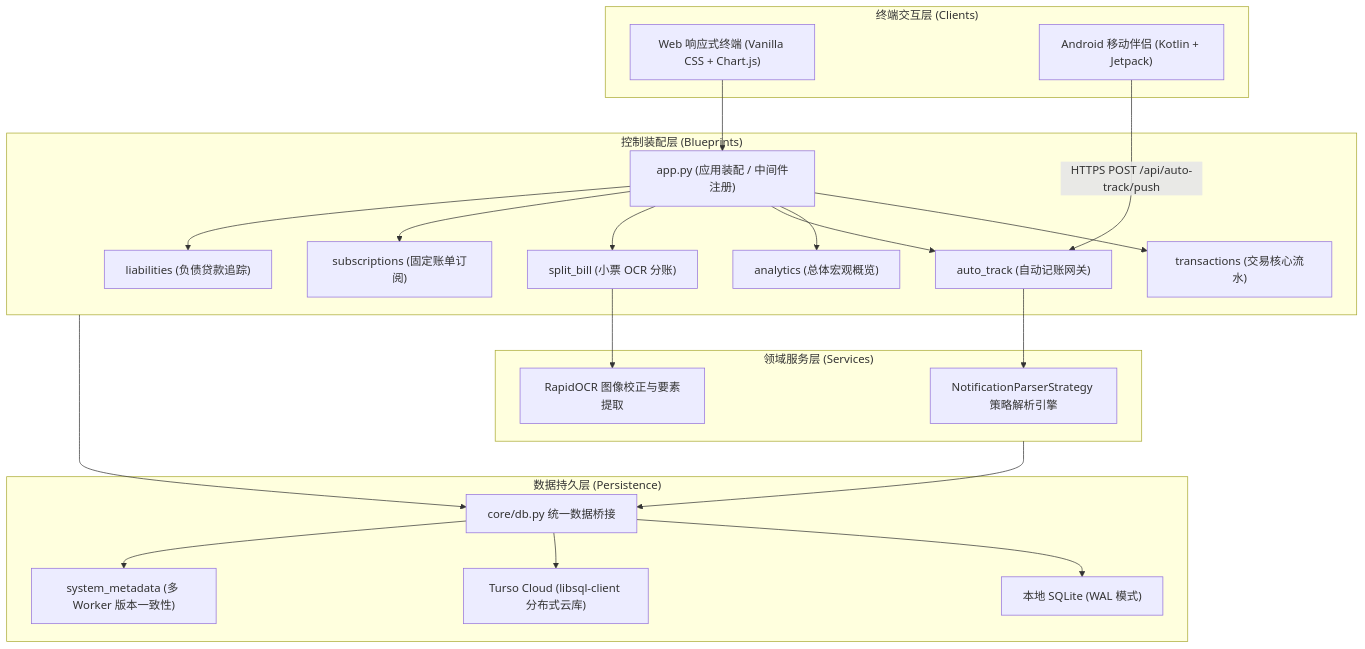
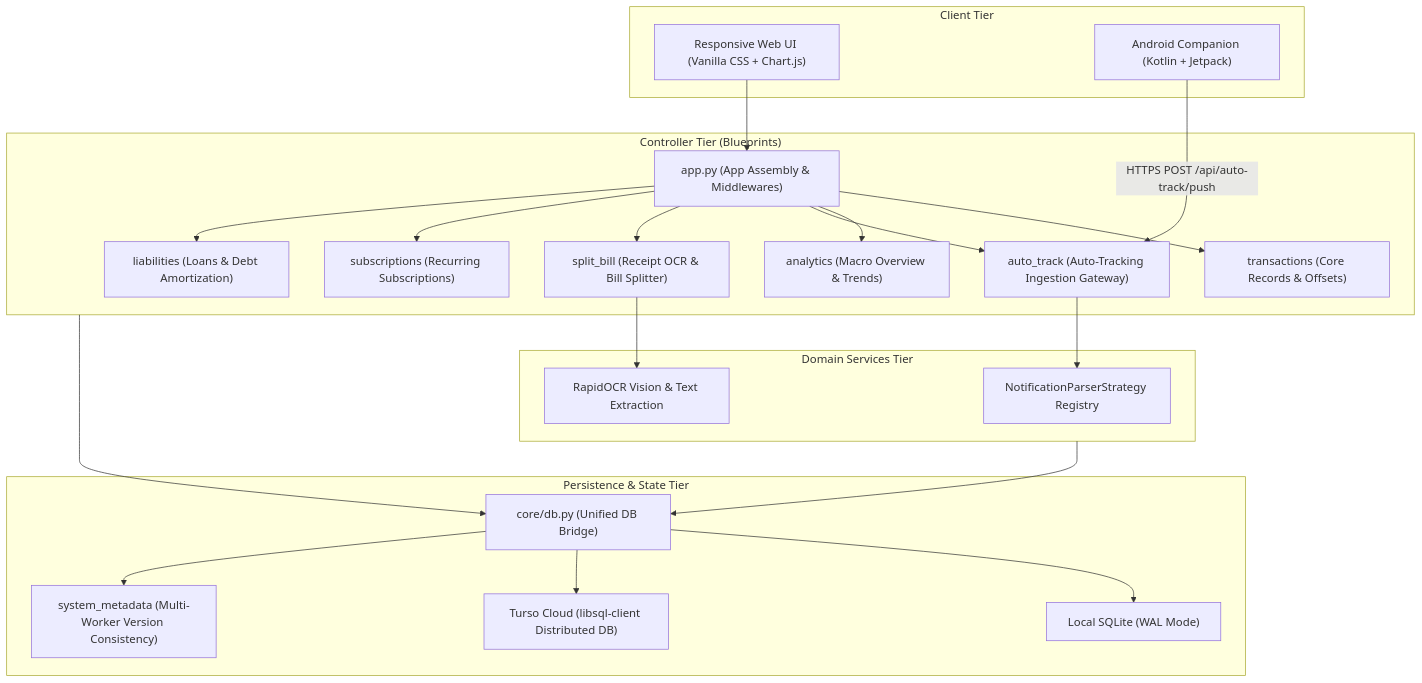
The diagram in README.md (siangloh/ledger-app), drawn with Mermaid before and after one commit. The commit also changed other lines of this file and 3 other files, not shown here.

````diff
--- a/README.md
+++ b/README.md
@@ -46,40 +48,40 @@
 ```mermaid
 graph TD
-    subgraph Client["终端交互层 (Clients)"]
-        WebUI["Web 响应式终端 (Vanilla CSS + Chart.js)"]
-        AndroidClient["Android 移动伴侣 (Kotlin + Jetpack)"]
+    subgraph Client["Client Tier"]
+        WebUI["Responsive Web UI (Vanilla CSS + Chart.js)"]
+        AndroidClient["Android Companion (Kotlin + Jetpack)"]
     end
 
-    subgraph Controller["控制装配层 (Blueprints)"]
-        FlaskEntry["app.py (应用装配 / 中间件注册)"]
-        BP_Trans["transactions (交易核心流水)"]
-        BP_Analytics["analytics (总体宏观概览)"]
-        BP_Auto["auto_track (自动记账网关)"]
-        BP_Split["split_bill (小票 OCR 分账)"]
-        BP_Subs["subscriptions (固定账单订阅)"]
-        BP_Liab["liabilities (负债贷款追踪)"]
+    subgraph Controller["Controller Tier (Blueprints)"]
+        FlaskEntry["app.py (App Assembly & Middlewares)"]
+        BP_Trans["transactions (Core Records & Offsets)"]
+        BP_Analytics["analytics (Macro Overview & Trends)"]
+        BP_Auto["auto_track (Auto-Tracking Ingestion Gateway)"]
+        BP_Split["split_bill (Receipt OCR & Bill Splitter)"]
+        BP_Subs["subscriptions (Recurring Subscriptions)"]
+        BP_Liab["liabilities (Loans & Debt Amortization)"]
     end
 
-    subgraph Domain["领域服务层 (Services)"]
-        StrategyEngine["NotificationParserStrategy 策略解析引擎"]
-        OCRService["RapidOCR 图像校正与要素提取"]
+    subgraph Domain["Domain Services Tier"]
+        StrategyEngine["NotificationParserStrategy Registry"]
+        OCRService["RapidOCR Vision & Text Extraction"]
     end
 
-    subgraph Persistence["数据持久层 (Persistence)"]
-        DBBridge["core/db.py 统一数据桥接"]
-        SQLite["本地 SQLite (WAL 模式)"]
-        Turso["Turso Cloud (libsql-client 分布式云库)"]
-        Metadata["system_metadata (多 Worker 版本一致性)"]
+    subgraph Persistence["Persistence & State Tier"]
+        DBBridge["core/db.py (Unified DB Bridge)"]
+        SQLite["Local SQLite (WAL Mode)"]
+        Turso["Turso Cloud (libsql-client Distributed DB)"]
+        Metadata["system_metadata (Multi-Worker Version Consistency)"]
     end
 
     WebUI --> FlaskEntry
     AndroidClient -->|HTTPS POST /api/auto-track/push| BP_Auto
     FlaskEntry --> BP_Trans & BP_Analytics & BP_Auto & BP_Split & BP_Subs & BP_Liab
     BP_Auto --> StrategyEngine
     BP_Split --> OCRService
     Controller --> DBBridge
     Domain --> DBBridge
     DBBridge --> SQLite
     DBBridge --> Turso
     DBBridge --> Metadata
 ```
````
